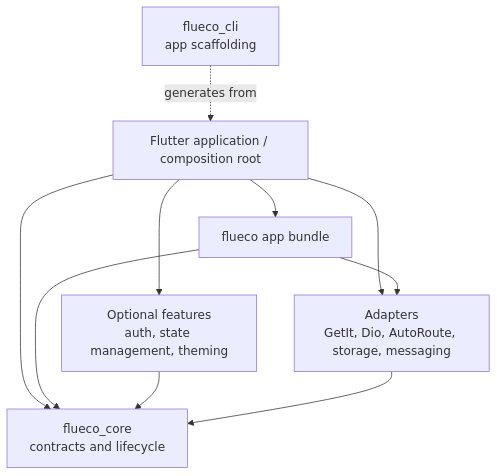
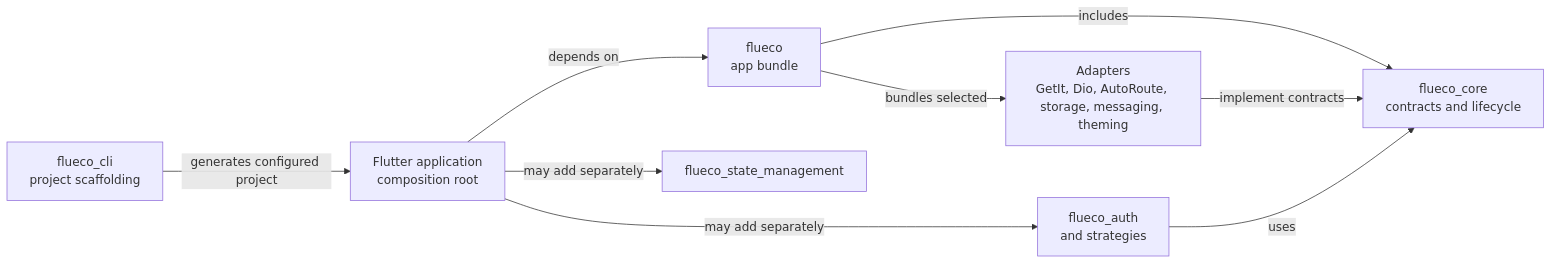
One commit to flutter-ecosystem/flueco changed the diagram in docs/overview/ecosystem.md. Above: the diagram before and after it, drawn with Mermaid. The commit also changed other lines of this file and 11 other files, not shown here.

````diff
--- a/docs/overview/ecosystem.md
+++ b/docs/overview/ecosystem.md
@@ -19,19 +19,11 @@
 ```mermaid
-flowchart TB
- App[Flutter application / composition root]
- Bundle[flueco app bundle]
- Features[Optional features\nauth, state management, theming]
- Core[flueco_core\ncontracts and lifecycle]
- Adapters[Adapters\nGetIt, Dio, AutoRoute, storage, messaging]
- CLI[flueco_cli\napp scaffolding]
-
- App --> Bundle
- App --> Features
- App --> Core
- App --> Adapters
- Bundle --> Core
- Bundle --> Adapters
- Features --> Core
- Adapters --> Core
- CLI -. generates from .-> App
+flowchart LR
+ CLI[flueco_cli\nproject scaffolding] -->|generates configured project| APP[Flutter application\ncomposition root]
+ APP -->|depends on| BUNDLE[flueco\napp bundle]
+ BUNDLE -->|includes| CORE[flueco_core\ncontracts and lifecycle]
+ BUNDLE -->|bundles selected| ADAPTERS[Adapters\nGetIt, Dio, AutoRoute, storage, messaging, theming]
+ ADAPTERS -->|implement contracts| CORE
+ APP -->|may add separately| AUTH[flueco_auth\nand strategies]
+ AUTH -->|uses| CORE
+ APP -->|may add separately| STATE[flueco_state_management]
 ```
````
